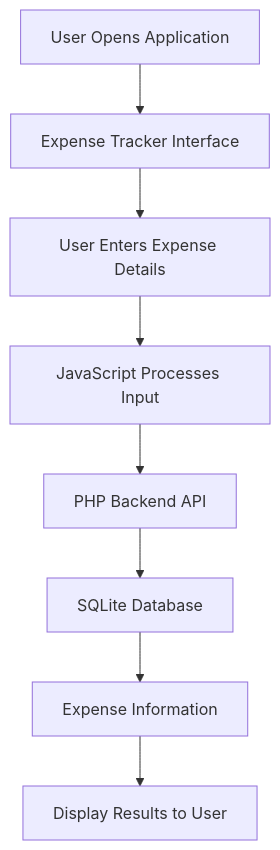
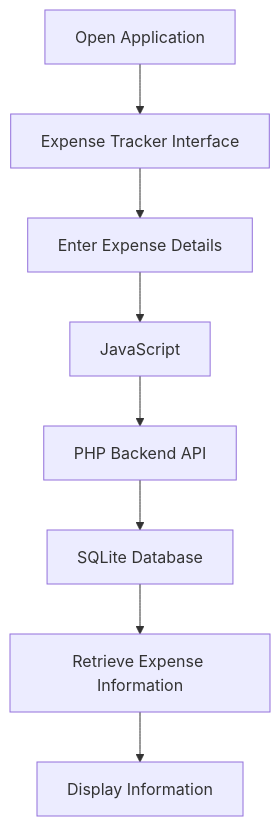
The diagram in README.md (sanjanamdinfo/Personal-Expense-Tracker-Web-Application), drawn with Mermaid before and after one commit. The commit also changed other lines of this file, not shown here.

````diff
--- a/README.md
+++ b/README.md
@@ -95,10 +127,10 @@
 ```mermaid
 flowchart TD
-    A[User Opens Application] --> B[Expense Tracker Interface]
-    B --> C[User Enters Expense Details]
-    C --> D[JavaScript Processes Input]
+    A[Open Application] --> B[Expense Tracker Interface]
+    B --> C[Enter Expense Details]
+    C --> D[JavaScript]
     D --> E[PHP Backend API]
     E --> F[SQLite Database]
-    F --> G[Expense Information]
-    G --> H[Display Results to User]
+    F --> G[Retrieve Expense Information]
+    G --> H[Display Information]
 ```
````
